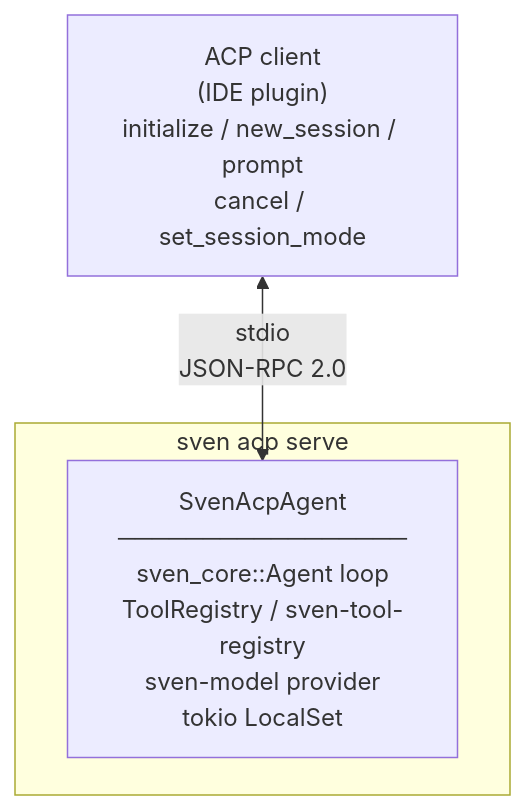
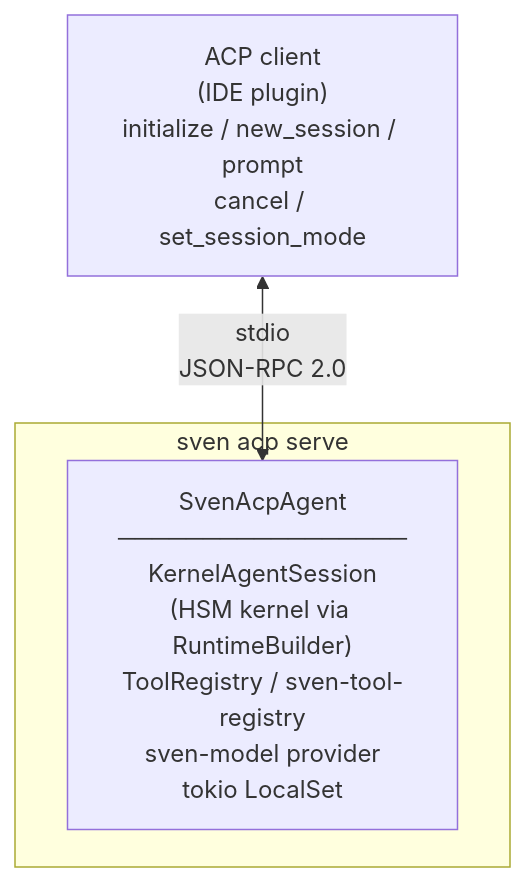
Before and after one commit to swedishembedded/sven: the diagram in docs/technical/acp.md, drawn with Mermaid. The commit also changed other lines of this file and 99 other files, not shown here.

````diff
--- a/docs/technical/acp.md
+++ b/docs/technical/acp.md
@@ -9,10 +9,10 @@
 ```mermaid
 flowchart TD
     IDE["ACP client\n(IDE plugin)\ninitialize / new_session / prompt\ncancel / set_session_mode"]
 
     IDE <-->|"stdio\nJSON-RPC 2.0"| LOCAL
 
     subgraph local ["sven acp serve"]
-        LOCAL["SvenAcpAgent\n─────────────────\nsven_core::Agent loop\nToolRegistry / sven-tool-registry\nsven-model provider\ntokio LocalSet"]
+        LOCAL["SvenAcpAgent\n─────────────────\nKernelAgentSession\n(HSM kernel via RuntimeBuilder)\nToolRegistry / sven-tool-registry\nsven-model provider\ntokio LocalSet"]
     end
 ```
````
